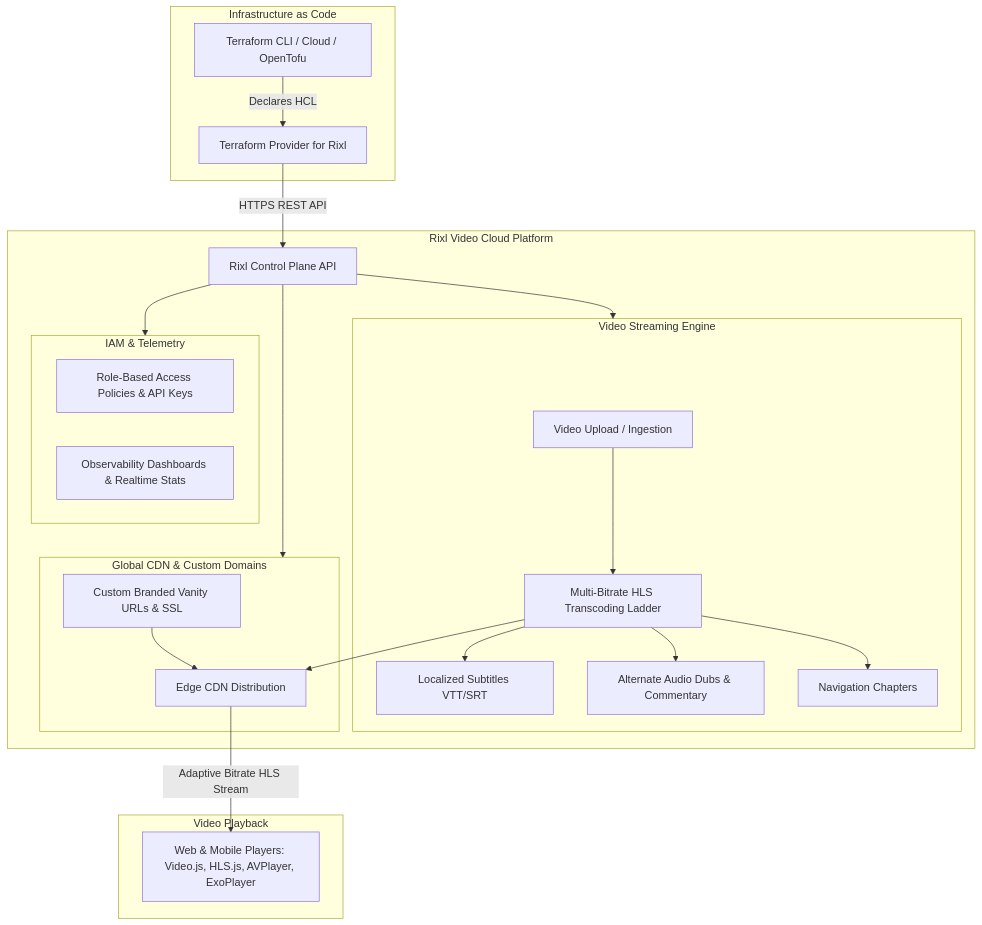
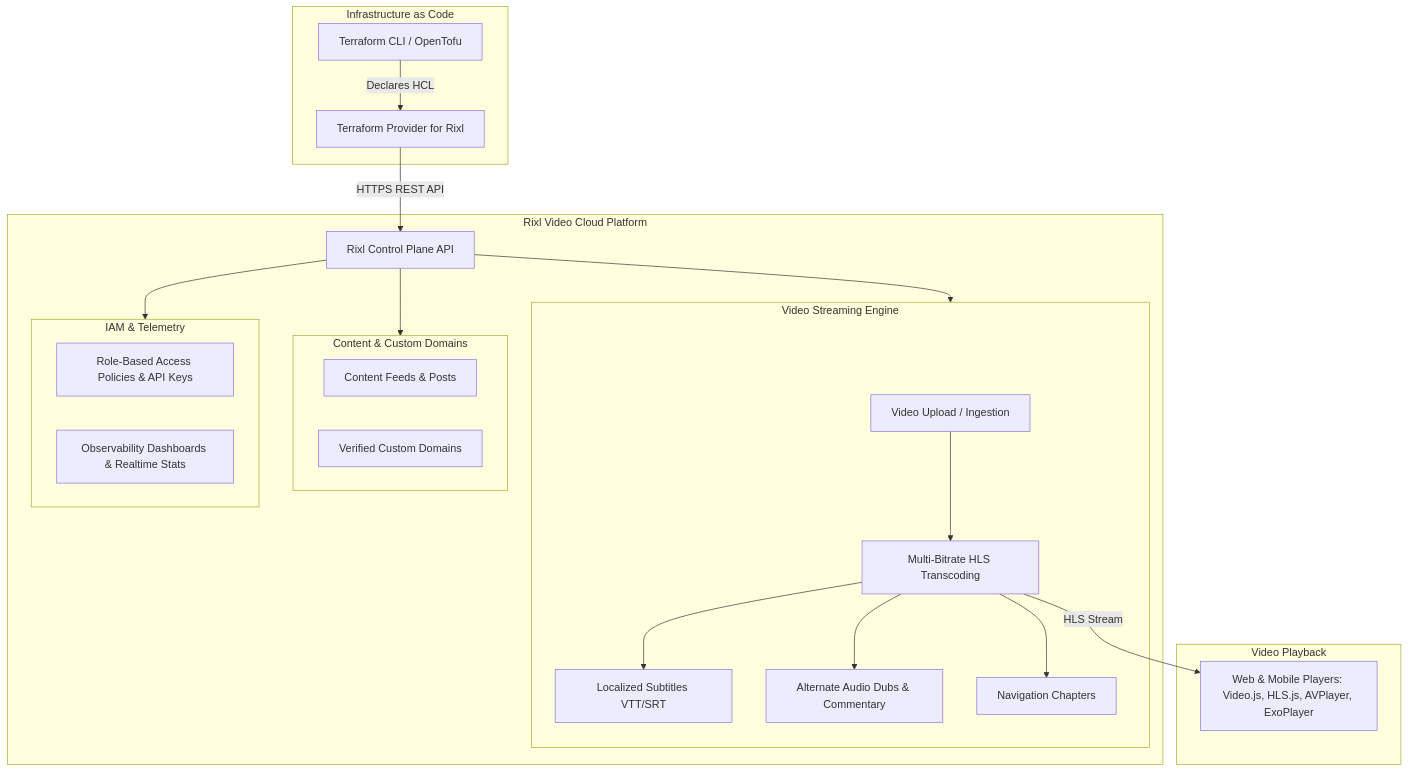
Before and after one commit to rixlhq/terraform-provider-rixl: the diagram in README.md, drawn with Mermaid. The commit also changed other lines of this file and 23 other files, not shown here.

Commit message:
fix(docs): align custom domain documentation with API and purge CDN references (#41)

````diff
--- a/README.md
+++ b/README.md
@@ -38,46 +38,44 @@
 ```mermaid
 graph TD
     subgraph Infrastructure_as_Code [Infrastructure as Code]
-        TF[Terraform CLI / Cloud / OpenTofu]
+        TF[Terraform CLI / OpenTofu]
         PRV[Terraform Provider for Rixl]
         TF -->|Declares HCL| PRV
     end
 
     subgraph Rixl_Cloud_Platform [Rixl Video Cloud Platform]
         API[Rixl Control Plane API]
         PRV -->|HTTPS REST API| API
         
         subgraph Media_Pipeline [Video Streaming Engine]
             Ingest[Video Upload / Ingestion]
-            Transcoder[Multi-Bitrate HLS Transcoding Ladder]
+            Transcoder[Multi-Bitrate HLS Transcoding]
             Subtitles[Localized Subtitles VTT/SRT]
             AudioTracks[Alternate Audio Dubs & Commentary]
             Chapters[Navigation Chapters]
             Ingest --> Transcoder
             Transcoder --> Subtitles
             Transcoder --> AudioTracks
             Transcoder --> Chapters
         end
 
-        subgraph Edge_Delivery [Global CDN & Custom Domains]
-            CDN[Edge CDN Distribution]
-            Domain[Custom Branded Vanity URLs & SSL]
-            Transcoder --> CDN
-            Domain --> CDN
+        subgraph Content_Domains [Content & Custom Domains]
+            Feeds[Content Feeds & Posts]
+            Domains[Verified Custom Domains]
         end
 
         subgraph Security_Observability [IAM & Telemetry]
             IAM[Role-Based Access Policies & API Keys]
             Dashboards[Observability Dashboards & Realtime Stats]
         end
 
         API --> Media_Pipeline
-        API --> Edge_Delivery
+        API --> Content_Domains
         API --> Security_Observability
     end
 
     subgraph Client_Players [Video Playback]
         HLSPlayer[Web & Mobile Players: Video.js, HLS.js, AVPlayer, ExoPlayer]
-        CDN -->|Adaptive Bitrate HLS Stream| HLSPlayer
+        Transcoder -->|HLS Stream| HLSPlayer
     end
 ```
````
